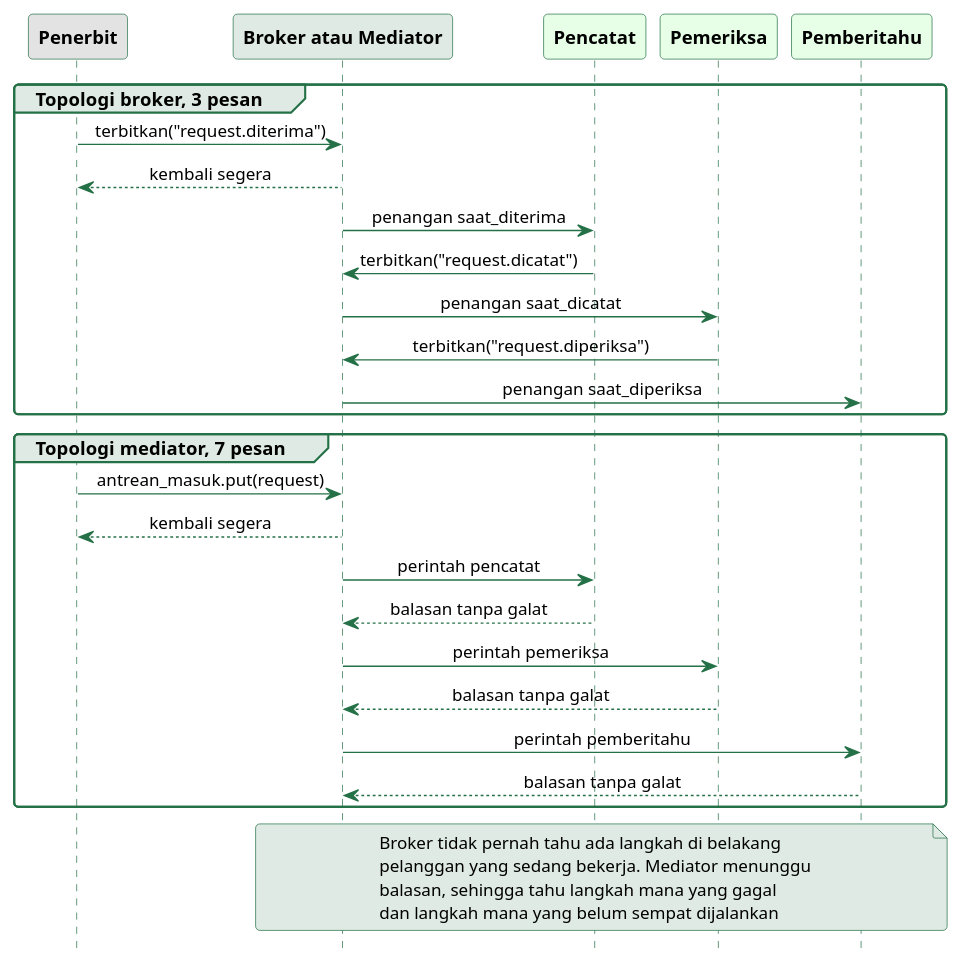
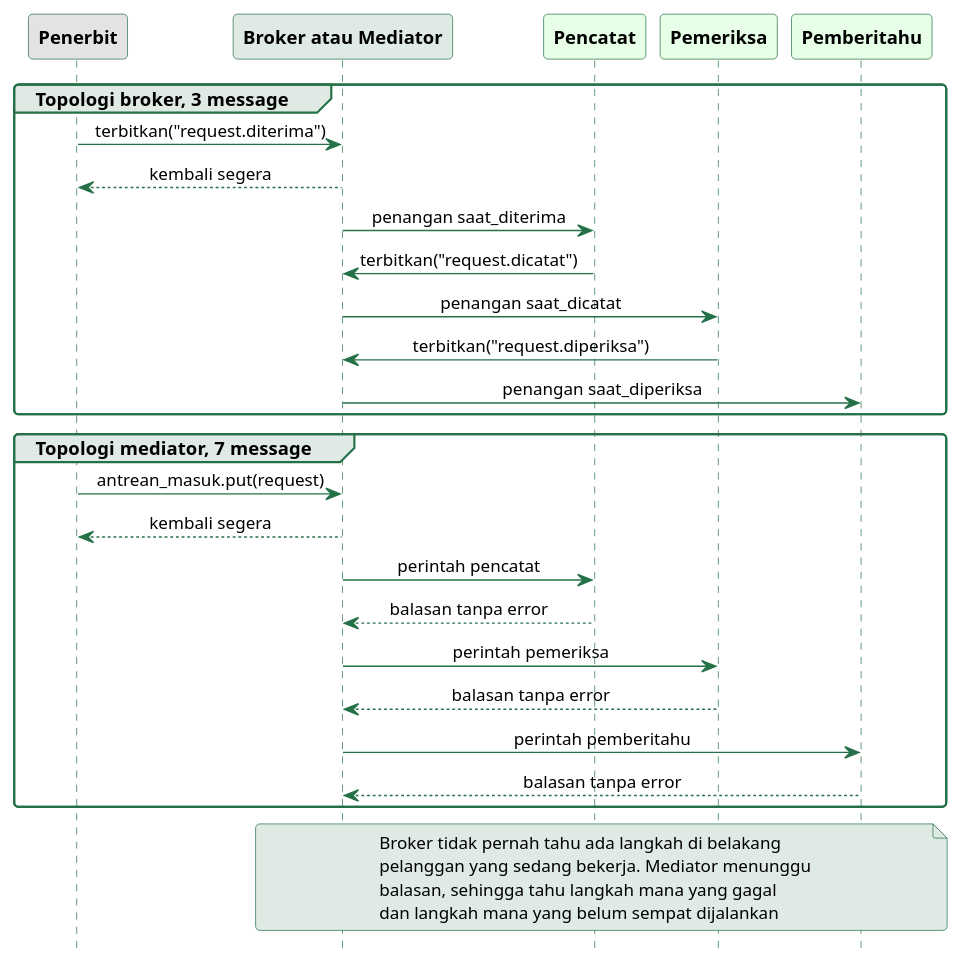
Before and after one commit to alfa-yohannis/software-architecture: the diagram in sources/chapter09/diagram/sekuens-event.puml, drawn with PlantUML. The commit also changed other lines of this file and 17 other files, not shown here.

First line of the commit message:
Finish Chapter 9 with message and error terms and fresh measurements

```diff
--- a/sources/chapter09/diagram/sekuens-event.puml
+++ b/sources/chapter09/diagram/sekuens-event.puml
@@ -12,60 +12,60 @@
 @startuml
 skinparam backgroundColor transparent
 skinparam defaultFontName Titillium Web
 skinparam defaultFontSize 13
 skinparam shadowing false
 skinparam roundCorner 6
 skinparam sequenceMessageAlignment center
 skinparam sequence {
   ArrowColor #257147
   ArrowFontSize 12
   LifeLineBorderColor #257147
   LifeLineBackgroundColor #DEEAE3
   ParticipantBorderColor #257147
   ParticipantFontColor black
   ParticipantFontSize 13
   ParticipantFontStyle bold
   GroupBackgroundColor #DEEAE3
   GroupBorderColor #257147
 }
 skinparam note {
   BackgroundColor #DEEAE3
   BorderColor #257147
   FontSize 12
 }
 hide footbox
 
 participant Penerbit as U #E3E3E3
 participant "Broker atau Mediator" as B #DEEAE3
 participant Pencatat as C #E6FFE6
 participant Pemeriksa as P #E6FFE6
 participant Pemberitahu as N #E6FFE6
 
-group Topologi broker, 3 pesan
+group Topologi broker, 3 message
   U -> B : terbitkan("request.diterima")
   U <-- B : kembali segera
   B -> C : penangan saat_diterima
   C -> B : terbitkan("request.dicatat")
   B -> P : penangan saat_dicatat
   P -> B : terbitkan("request.diperiksa")
   B -> N : penangan saat_diperiksa
 end
 
-group Topologi mediator, 7 pesan
+group Topologi mediator, 7 message
   U -> B : antrean_masuk.put(request)
   U <-- B : kembali segera
   B -> C : perintah pencatat
-  C --> B : balasan tanpa galat
+  C --> B : balasan tanpa error
   B -> P : perintah pemeriksa
-  P --> B : balasan tanpa galat
+  P --> B : balasan tanpa error
   B -> N : perintah pemberitahu
-  N --> B : balasan tanpa galat
+  N --> B : balasan tanpa error
 end
 
 note over B, N
   Broker tidak pernah tahu ada langkah di belakang
   pelanggan yang sedang bekerja. Mediator menunggu
   balasan, sehingga tahu langkah mana yang gagal
   dan langkah mana yang belum sempat dijalankan
 end note
 @enduml
```
